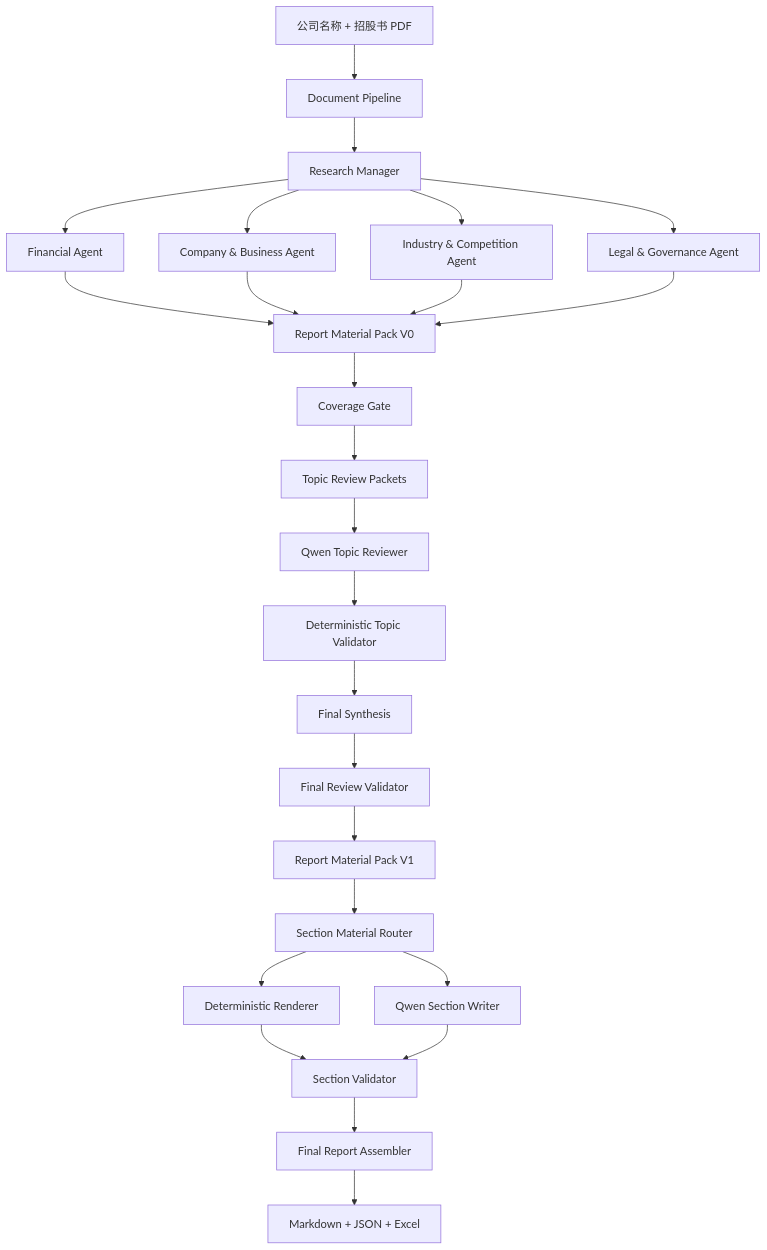
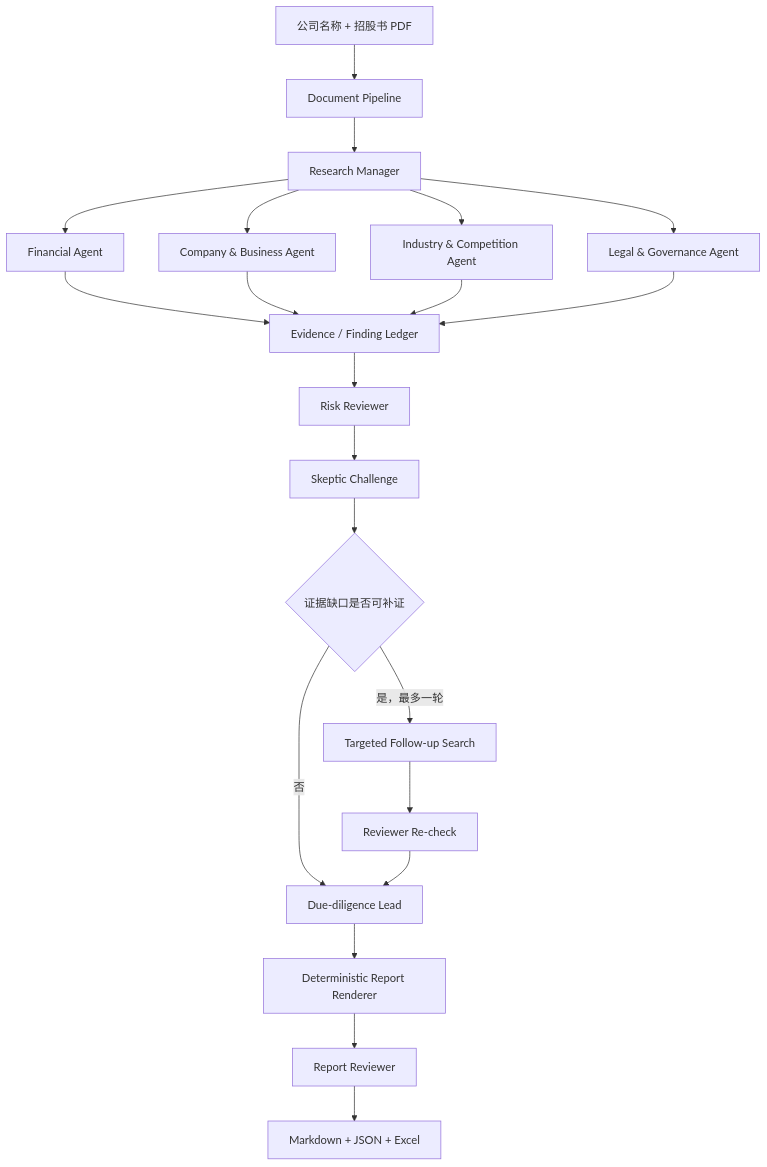
Before and after one commit to alexa0030/IPO-Multi-Agent: the diagram in README.md, drawn with Mermaid. The commit also changed other lines of this file and 62 other files, not shown here.

Commit message:
feat: add evidence-grounded review and evaluation loop

````diff
--- a/README.md
+++ b/README.md
@@ -18,27 +18,23 @@
 ```mermaid
 flowchart TD
     A[公司名称 + 招股书 PDF] --> B[Document Pipeline]
     B --> C[Research Manager]
     C --> D[Financial Agent]
     C --> E[Company & Business Agent]
     C --> F[Industry & Competition Agent]
     C --> G[Legal & Governance Agent]
-    D --> H[Report Material Pack V0]
+    D --> H[Evidence / Finding Ledger]
     E --> H
     F --> H
     G --> H
-    H --> I[Coverage Gate]
-    I --> J[Topic Review Packets]
-    J --> K[Qwen Topic Reviewer]
-    K --> L[Deterministic Topic Validator]
-    L --> M[Final Synthesis]
-    M --> N[Final Review Validator]
-    N --> O[Report Material Pack V1]
-    O --> P[Section Material Router]
-    P --> Q[Deterministic Renderer]
-    P --> R[Qwen Section Writer]
-    Q --> S[Section Validator]
-    R --> S
-    S --> T[Final Report Assembler]
-    T --> U[Markdown + JSON + Excel]
+    H --> I[Risk Reviewer]
+    I --> J[Skeptic Challenge]
+    J --> K{证据缺口是否可补证}
+    K -->|是，最多一轮| L[Targeted Follow-up Search]
+    L --> M[Reviewer Re-check]
+    K -->|否| N[Due-diligence Lead]
+    M --> N
+    N --> O[Deterministic Report Renderer]
+    O --> P[Report Reviewer]
+    P --> Q[Markdown + JSON + Excel]
 ```
````
